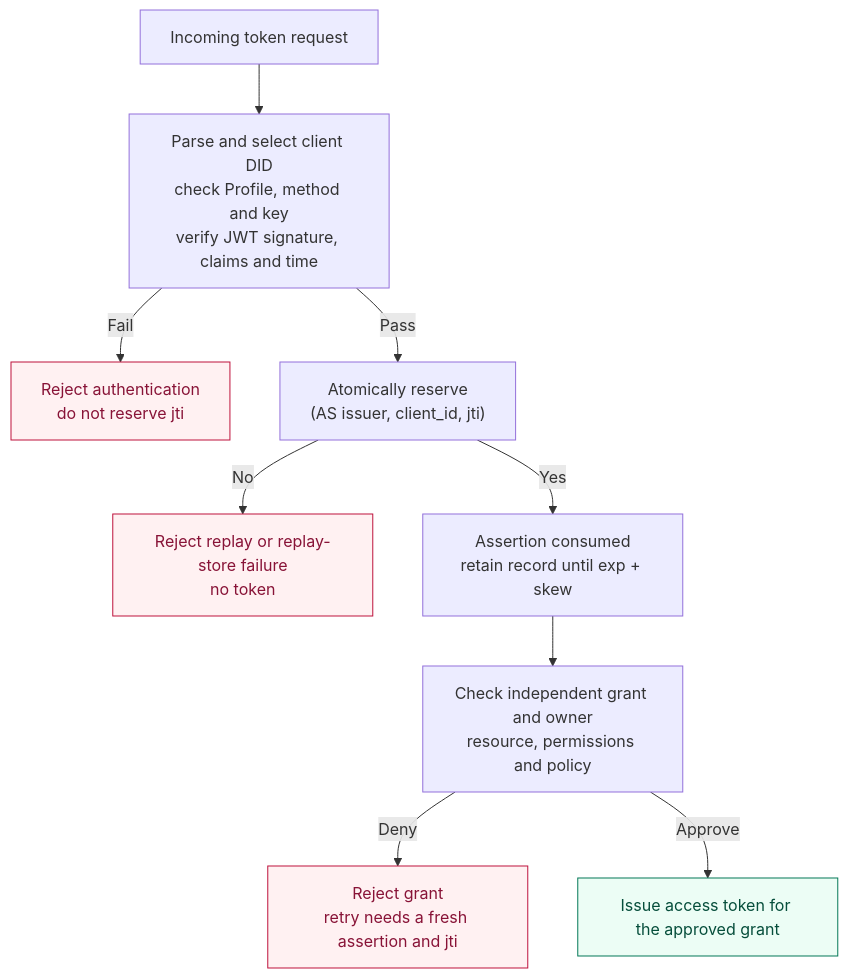
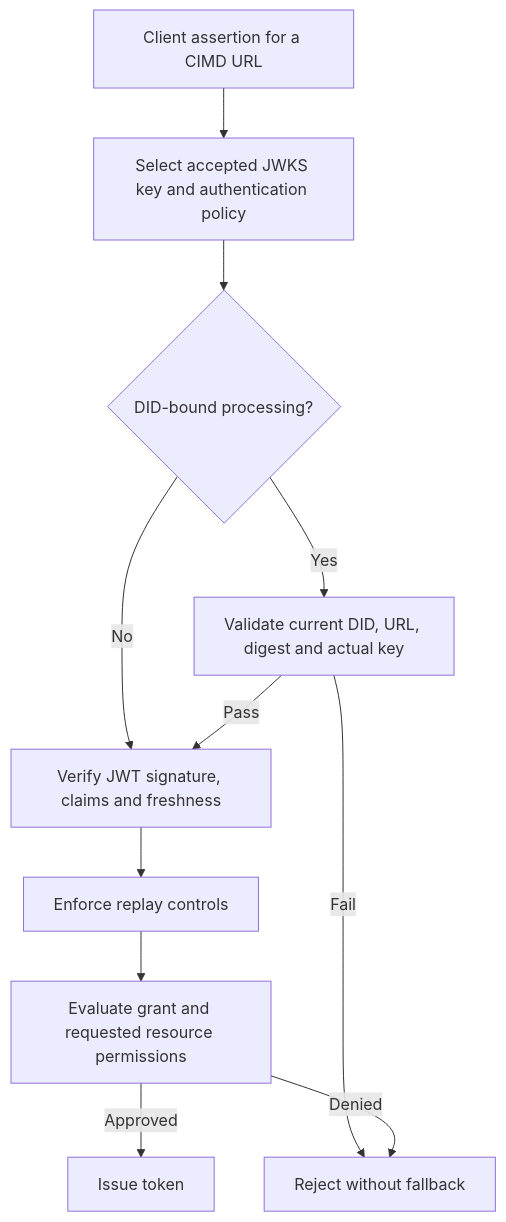
Before and after one commit to agent-network-protocol/AgentNetworkProtocol: the fourth of 7 diagrams in 05-anp-did-authorization-protocol-specification.md, drawn with Mermaid. The commit also changed other lines of this file and 12 other files, not shown here.

````diff
--- a/05-anp-did-authorization-protocol-specification.md
+++ b/05-anp-did-authorization-protocol-specification.md
@@ -434,24 +386,13 @@
 ```mermaid
 flowchart TD
-  Request["Incoming token request"]
-  Checks["Parse and select client DID<br/>check Profile, method and key<br/>verify JWT signature, claims and time"]
-  BeforeReject["Reject authentication<br/>do not reserve jti"]
-  Reserve["Atomically reserve<br/>(AS issuer, client_id, jti)"]
-  ReplayReject["Reject replay or replay-store failure<br/>no token"]
-  Consumed["Assertion consumed<br/>retain record until exp + skew"]
-  Grant["Check independent grant and owner<br/>resource, permissions and policy"]
-  GrantReject["Reject grant<br/>retry needs a fresh assertion and jti"]
-  Issue["Issue access token for the approved grant"]
-  Request --> Checks
-  Checks -->|"Fail"| BeforeReject
-  Checks -->|"Pass"| Reserve
-  Reserve -->|"No"| ReplayReject
-  Reserve -->|"Yes"| Consumed
-  Consumed --> Grant
-  Grant -->|"Deny"| GrantReject
-  Grant -->|"Approve"| Issue
-  classDef reject fill:#fff1f2,stroke:#be123c,color:#881337
-  class BeforeReject,ReplayReject,GrantReject reject
-  classDef allow fill:#ecfdf5,stroke:#047857,color:#064e3b
-  class Issue allow
+  Input["Client assertion for a CIMD URL"] --> Keys["Select accepted JWKS key and authentication policy"]
+  Keys --> Mode{"DID-bound processing?"}
+  Mode -->|"Yes"| DID["Validate current DID, URL, digest and actual key"]
+  Mode -->|"No"| JWT["Verify JWT signature, claims and freshness"]
+  DID -->|"Pass"| JWT
+  DID -->|"Fail"| Reject["Reject without fallback"]
+  JWT --> Replay["Enforce replay controls"]
+  Replay --> Grant["Evaluate grant and requested resource permissions"]
+  Grant -->|"Approved"| Token["Issue token"]
+  Grant -->|"Denied"| Reject
 ```
````
